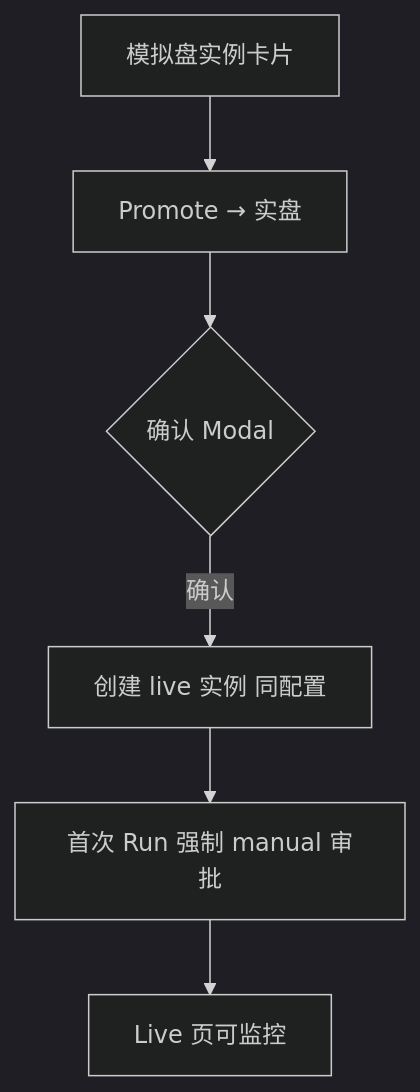
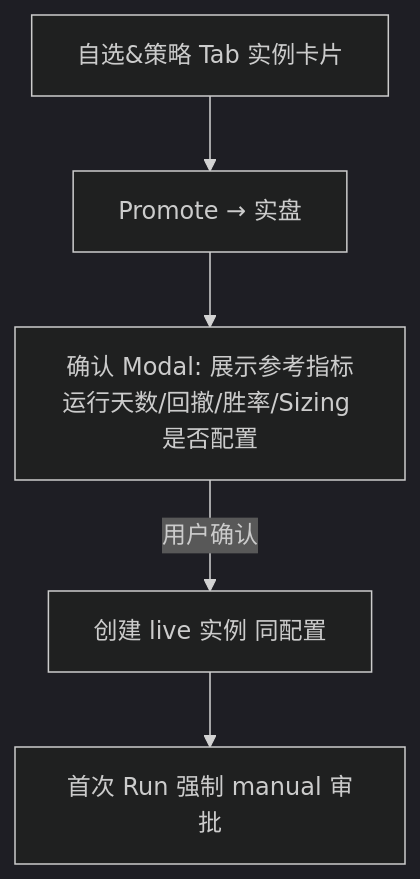
The third of 3 diagrams in docs/trading-product-design.md (bitiany/xq-trader), drawn with Mermaid (dark theme) before and after one commit. The commit also changed other lines of this file and 8 other files, not shown here.

````diff
--- a/docs/trading-product-design.md
+++ b/docs/trading-product-design.md
@@ -367,8 +208,7 @@
 ```mermaid
 flowchart TD
-    A[模拟盘实例卡片] --> B[Promote → 实盘]
-    B --> C{确认 Modal}
-    C -->|确认| D[创建 live 实例 同配置]
+    A[自选&策略 Tab 实例卡片] --> B[Promote → 实盘]
+    B --> C[确认 Modal: 展示参考指标<br/>运行天数/回撤/胜率/Sizing 是否配置]
+    C -->|用户确认| D[创建 live 实例 同配置]
     D --> E[首次 Run 强制 manual 审批]
-    E --> F[Live 页可监控]
 ```
````
